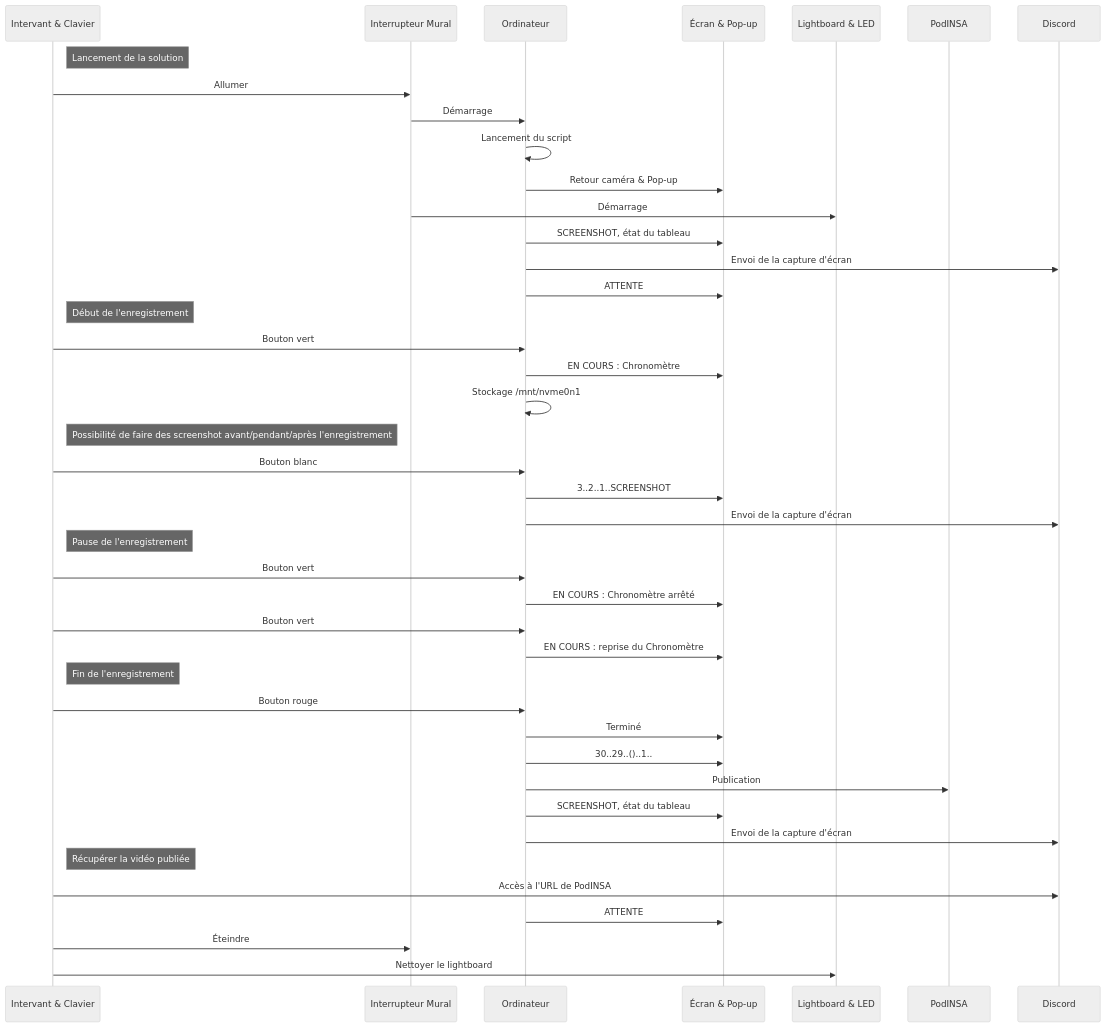
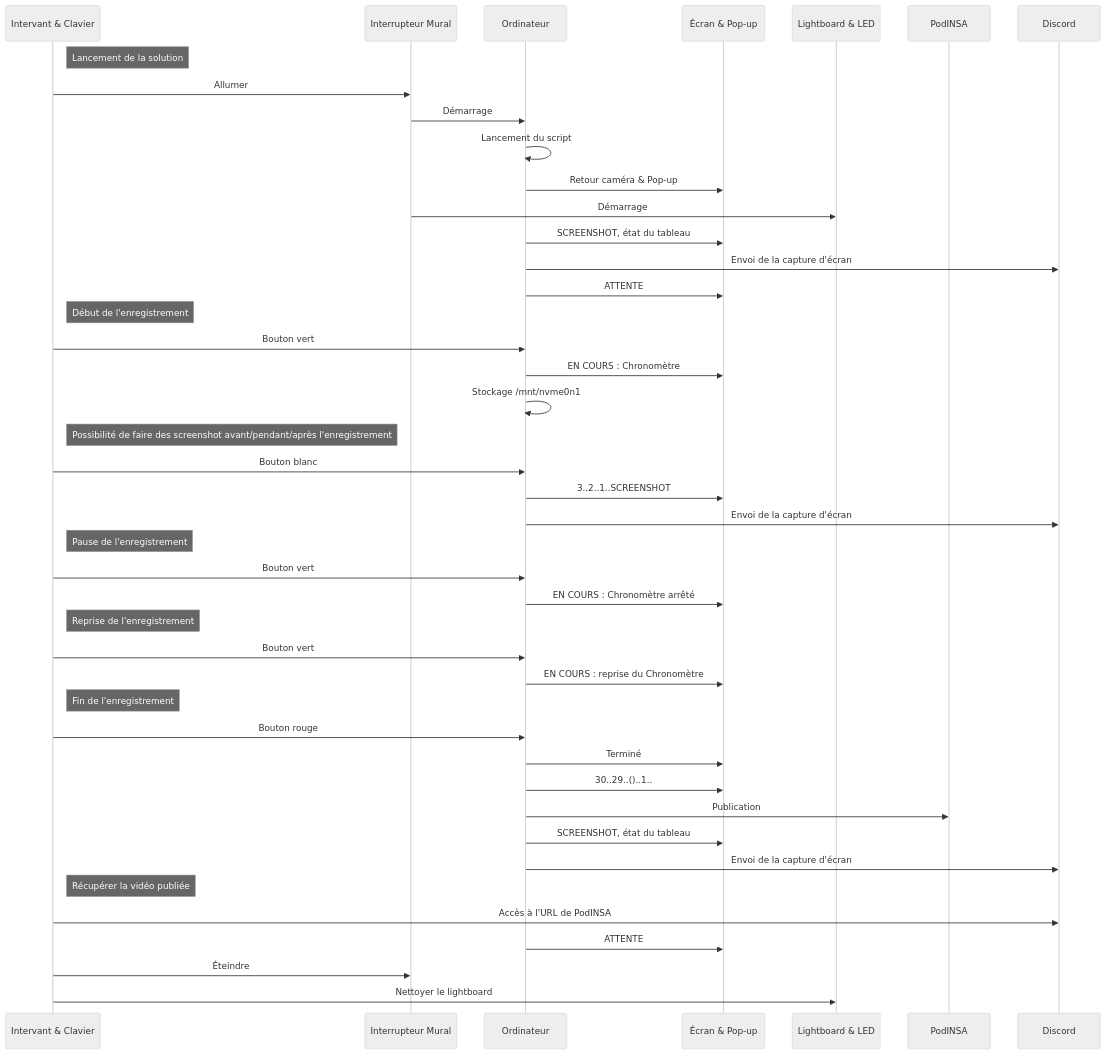
One commit to Zinebhfs/SIR-Lightboard changed the second of 3 diagrams in README.md. Above: the diagram before and after it, drawn with Mermaid (neutral theme).

Commit message:
Mise à jour diagramme d'utilisation

````diff
--- a/README.md
+++ b/README.md
@@ -106,57 +106,60 @@
 ```mermaid
 sequenceDiagram
     participant Intervant & Clavier
     participant Interrupteur Mural
     participant Ordinateur
     participant Écran & Pop-up
     participant Lightboard & LED
     participant PodINSA
     participant Discord
 
     Note right of Intervant & Clavier: Lancement de la solution
 
     Intervant & Clavier ->> Interrupteur Mural: Allumer
     Interrupteur Mural ->> Ordinateur: Démarrage
     Ordinateur ->> Ordinateur: Lancement du script
     Ordinateur ->> Écran & Pop-up: Retour caméra & Pop-up
     Interrupteur Mural ->> Lightboard & LED: Démarrage
     Ordinateur ->> Écran & Pop-up: SCREENSHOT, état du tableau
     Ordinateur ->> Discord: Envoi de la capture d'écran
     Ordinateur ->> Écran & Pop-up: ATTENTE
 
     Note right of Intervant & Clavier: Début de l'enregistrement
 
     Intervant & Clavier ->> Ordinateur: Bouton vert
     Ordinateur ->> Écran & Pop-up: EN COURS : Chronomètre
     Ordinateur ->> Ordinateur: Stockage /mnt/nvme0n1
 
     Note right of Intervant & Clavier: Possibilité de faire des screenshot avant/pendant/après l'enregistrement
 
     Intervant & Clavier ->> Ordinateur: Bouton blanc
     Ordinateur ->> Écran & Pop-up: 3..2..1..SCREENSHOT
     Ordinateur ->> Discord: Envoi de la capture d'écran
 
     Note right of Intervant & Clavier: Pause de l'enregistrement
 
     Intervant & Clavier ->> Ordinateur: Bouton vert
     Ordinateur ->> Écran & Pop-up: EN COURS : Chronomètre arrêté
+
+    Note right of Intervant & Clavier: Reprise de l'enregistrement
+
     Intervant & Clavier ->> Ordinateur: Bouton vert
     Ordinateur ->> Écran & Pop-up: EN COURS : reprise du Chronomètre
 
     Note right of Intervant & Clavier: Fin de l'enregistrement
 
     Intervant & Clavier ->> Ordinateur: Bouton rouge
     Ordinateur ->> Écran & Pop-up: Terminé
     Ordinateur ->> Écran & Pop-up: 30..29..()..1..
     Ordinateur ->> PodINSA: Publication
     Ordinateur ->> Écran & Pop-up: SCREENSHOT, état du tableau
     Ordinateur ->> Discord: Envoi de la capture d'écran
 
     Note right of Intervant & Clavier: Récupérer la vidéo publiée
 
     Intervant & Clavier ->> Discord: Accès à l'URL de PodINSA
     Ordinateur ->> Écran & Pop-up: ATTENTE
 
     Intervant & Clavier ->> Interrupteur Mural: Éteindre
     Intervant & Clavier ->> Lightboard & LED: Nettoyer le lightboard
 ```
````
